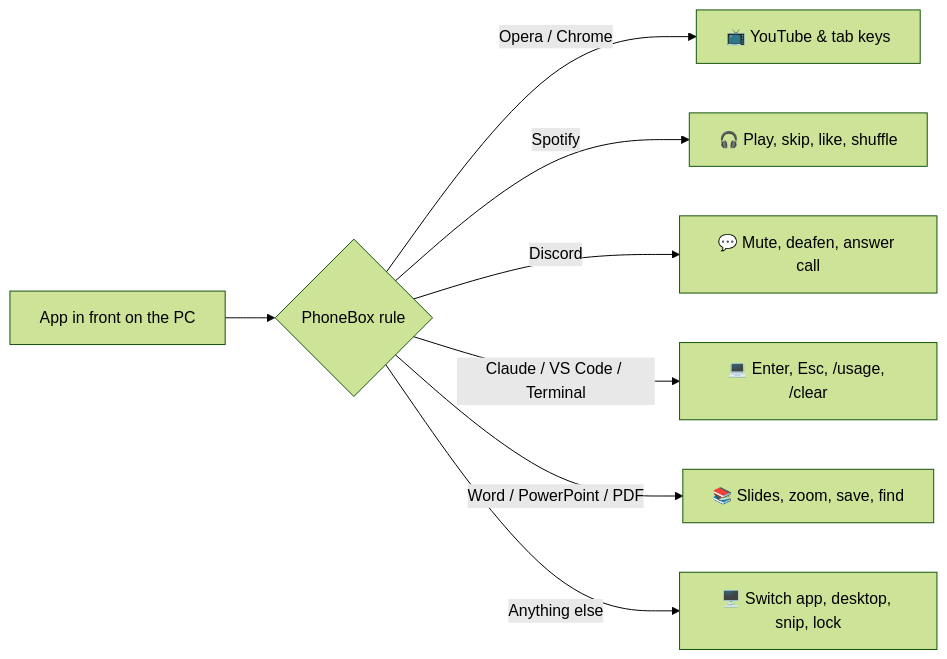
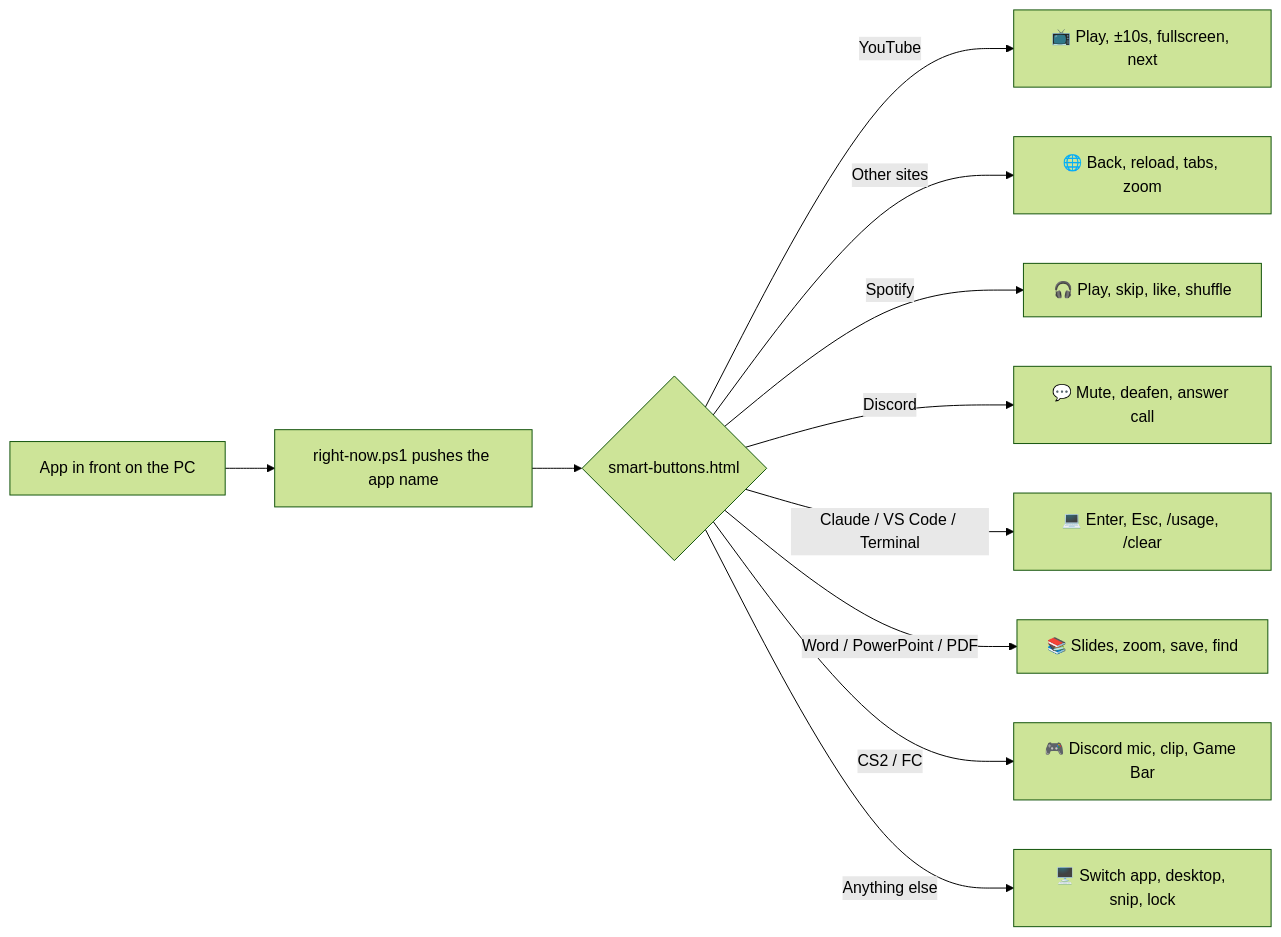
Before and after one commit to Tashfin-Rahman/phonebox-desk-setup: the diagram in README.md, drawn with Mermaid (forest theme). The commit also changed other lines of this file and 4 other files, not shown here.

First line of the commit message:
One Live page with smart buttons that follow the app in front

````diff
--- a/README.md
+++ b/README.md
@@ -20,10 +22,13 @@
 ```mermaid
 flowchart LR
-    PC[App in front on the PC] --> R{PhoneBox rule}
-    R -->|Opera / Chrome| O[📺 YouTube & tab keys]
+    PC[App in front on the PC] --> T[right-now.ps1 pushes the app name]
+    T --> R{smart-buttons.html}
+    R -->|YouTube| Y[📺 Play, ±10s, fullscreen, next]
+    R -->|Other sites| O[🌐 Back, reload, tabs, zoom]
     R -->|Spotify| S[🎧 Play, skip, like, shuffle]
     R -->|Discord| D[💬 Mute, deafen, answer call]
     R -->|Claude / VS Code / Terminal| C[💻 Enter, Esc, /usage, /clear]
     R -->|Word / PowerPoint / PDF| W[📚 Slides, zoom, save, find]
+    R -->|CS2 / FC| G[🎮 Discord mic, clip, Game Bar]
     R -->|Anything else| X[🖥️ Switch app, desktop, snip, lock]
 ```
````
